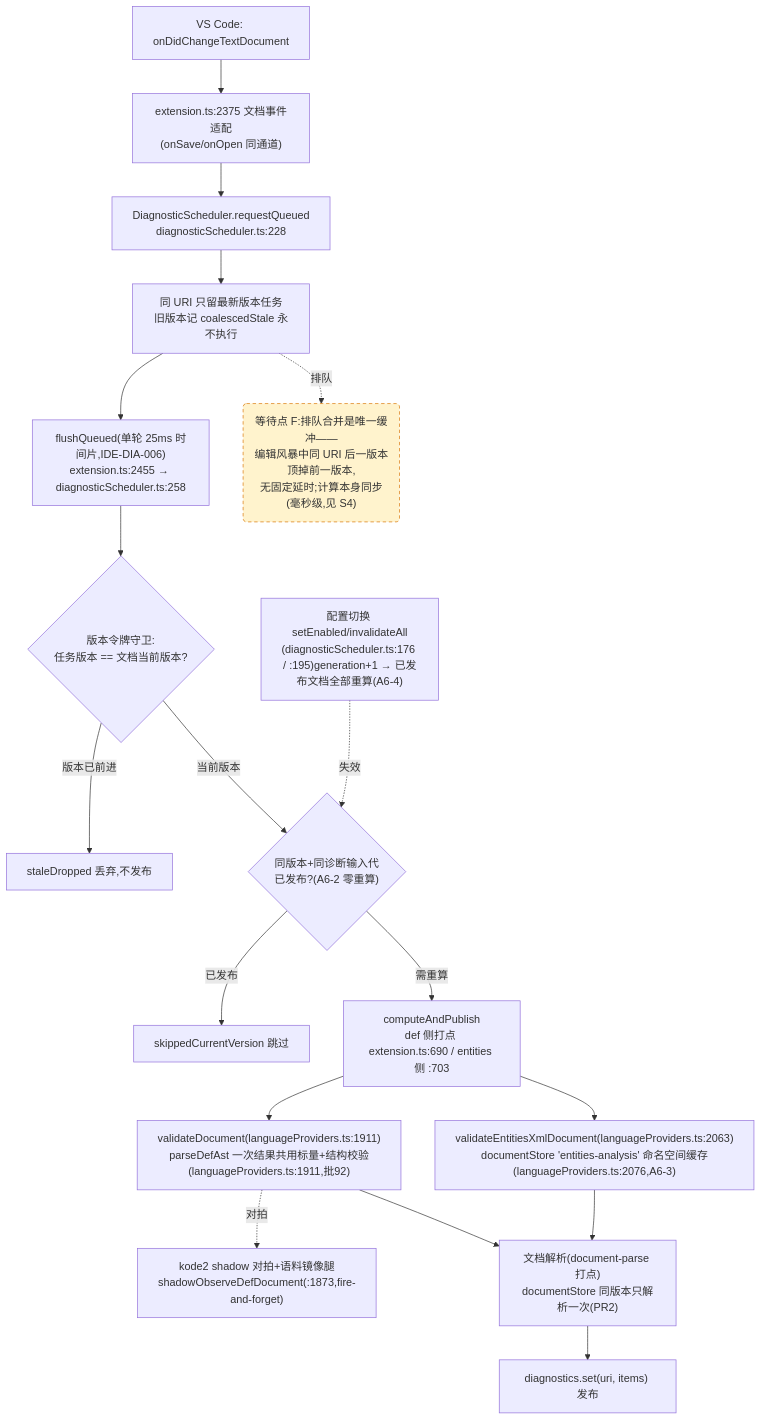
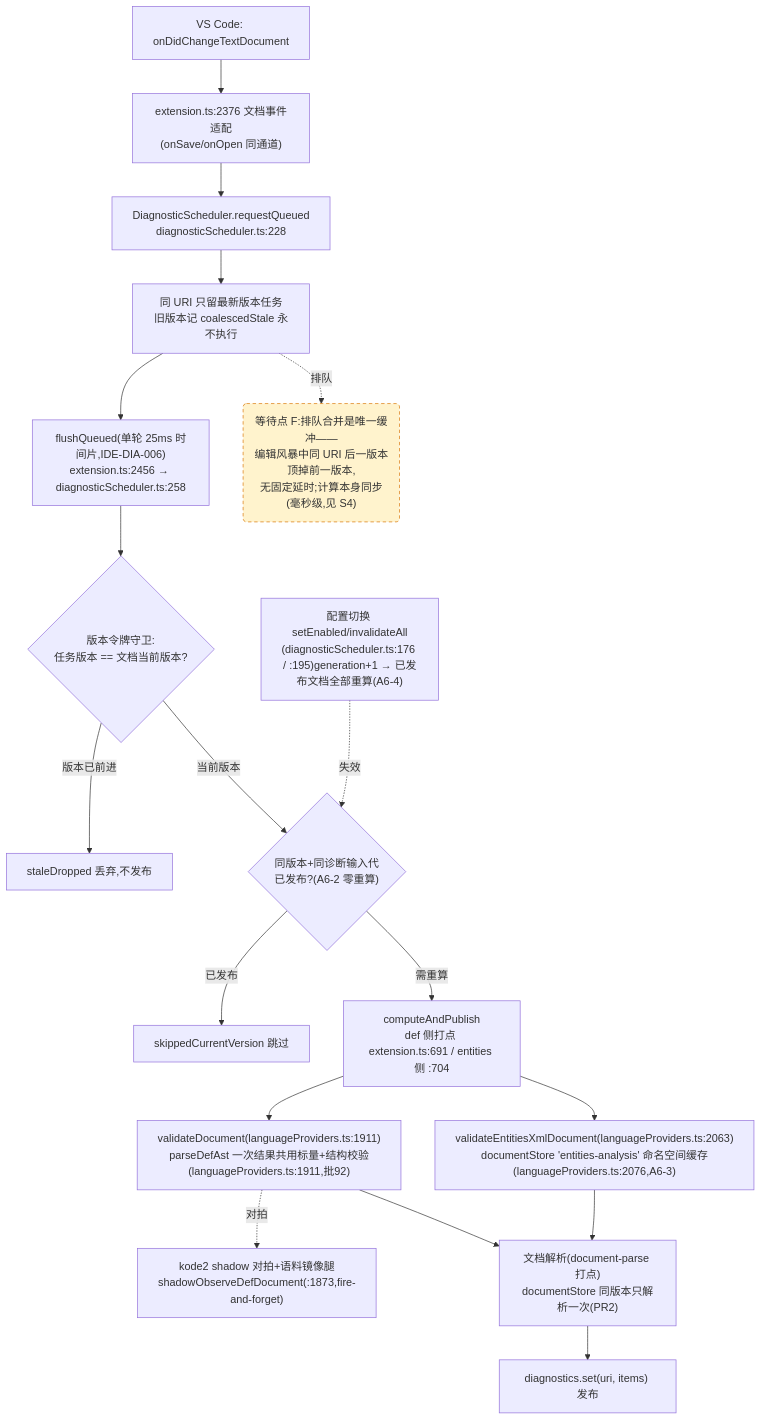
Before and after one commit to cuihairu/kode: the fourth of 4 diagrams in docs/perf/2026-baseline.md, drawn with Mermaid. The commit also changed other lines of this file and 2 other files, not shown here.

Commit message:
docs(live): commands.md section for exception source jump; reconcile perf baseline and call-chain anchors after extension.ts import shift (IDE-LIV-007)

````diff
--- a/docs/perf/2026-baseline.md
+++ b/docs/perf/2026-baseline.md
@@ -214,38 +214,38 @@
 ```mermaid
 flowchart TD
   CHG["VS Code: onDidChangeTextDocument"]
-  WATCH["extension.ts:2375 文档事件适配<br/>(onSave/onOpen 同通道)"]
+  WATCH["extension.ts:2376 文档事件适配<br/>(onSave/onOpen 同通道)"]
   RQ["DiagnosticScheduler.requestQueued<br/>diagnosticScheduler.ts:228"]
   CO["同 URI 只留最新版本任务<br/>旧版本记 coalescedStale 永不执行"]
-  FL["flushQueued(单轮 25ms 时间片,IDE-DIA-006)<br/>extension.ts:2455 → diagnosticScheduler.ts:258"]
+  FL["flushQueued(单轮 25ms 时间片,IDE-DIA-006)<br/>extension.ts:2456 → diagnosticScheduler.ts:258"]
   VG{"版本令牌守卫:<br/>任务版本 == 文档当前版本?"}
   DROP["staleDropped 丢弃,不发布"]
   GEN{"同版本+同诊断输入代<br/>已发布?(A6-2 零重算)"}
   SKIP["skippedCurrentVersion 跳过"]
-  CALC["computeAndPublish<br/>def 侧打点 extension.ts:690 / entities 侧 :703"]
+  CALC["computeAndPublish<br/>def 侧打点 extension.ts:691 / entities 侧 :704"]
   VD["validateDocument(languageProviders.ts:1911)<br/>parseDefAst 一次结果共用标量+结构校验(languageProviders.ts:1911,批92)"]
   VEX["validateEntitiesXmlDocument(languageProviders.ts:2063)<br/>documentStore 'entities-analysis' 命名空间缓存(languageProviders.ts:2076,A6-3)"]
   SHDD["kode2 shadow 对拍+语料镜像腿<br/>shadowObserveDefDocument(:1873,fire-and-forget)"]
   DS["文档解析(document-parse 打点)<br/>documentStore 同版本只解析一次(PR2)"]
   PUB["diagnostics.set(uri, items) 发布"]
   CFG2["配置切换 setEnabled/invalidateAll<br/>(diagnosticScheduler.ts:176 / :195)generation+1 → 已发布文档全部重算(A6-4)"]
 
   CHG --> WATCH --> RQ --> CO --> FL --> VG
   VG -- "版本已前进" --> DROP
   VG -- "当前版本" --> GEN
   GEN -- "已发布" --> SKIP
   GEN -- "需重算" --> CALC
   CALC --> VD
   CALC --> VEX
   VD --> DS
   VEX --> DS
   DS --> PUB
   VD -.->|对拍| SHDD
   CFG2 -.->|失效| GEN
 
   WAITF("等待点 F:排队合并是唯一缓冲——<br/>编辑风暴中同 URI 后一版本顶掉前一版本,<br/>无固定延时;计算本身同步(毫秒级,见 S4)")
   CO -.->|排队| WAITF
 
   classDef waitPoint fill:#fff3cd,stroke:#d97706,stroke-dasharray:5 4;
   class WAITF waitPoint;
 ```
````
